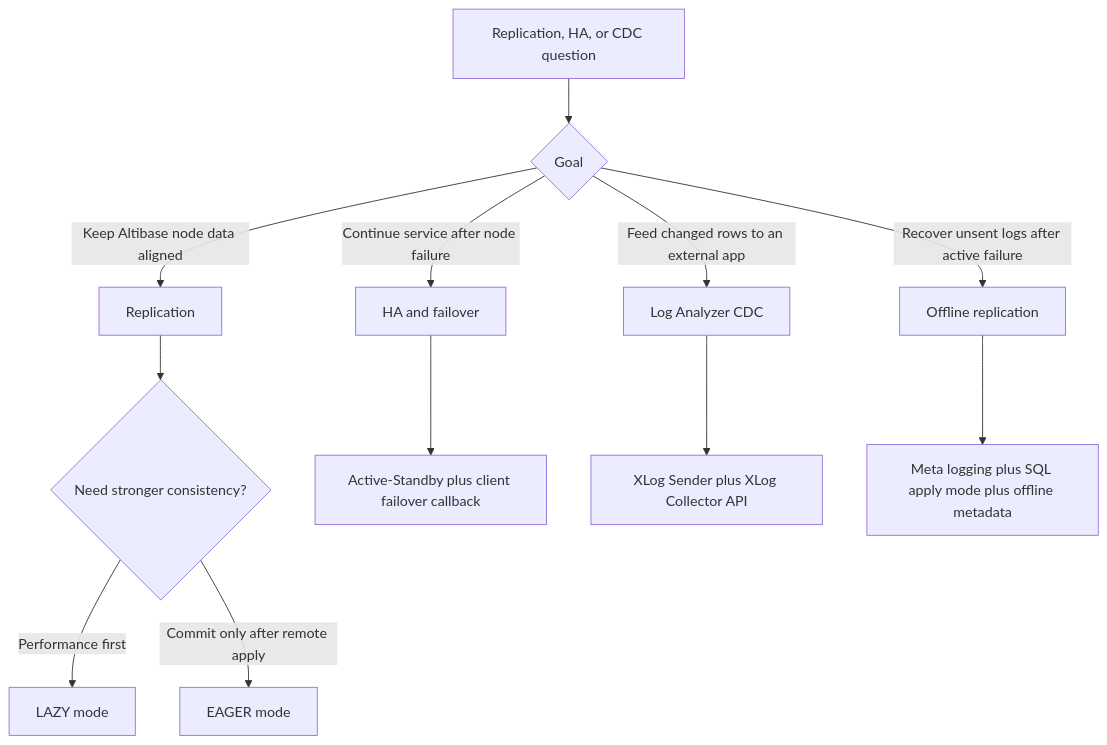
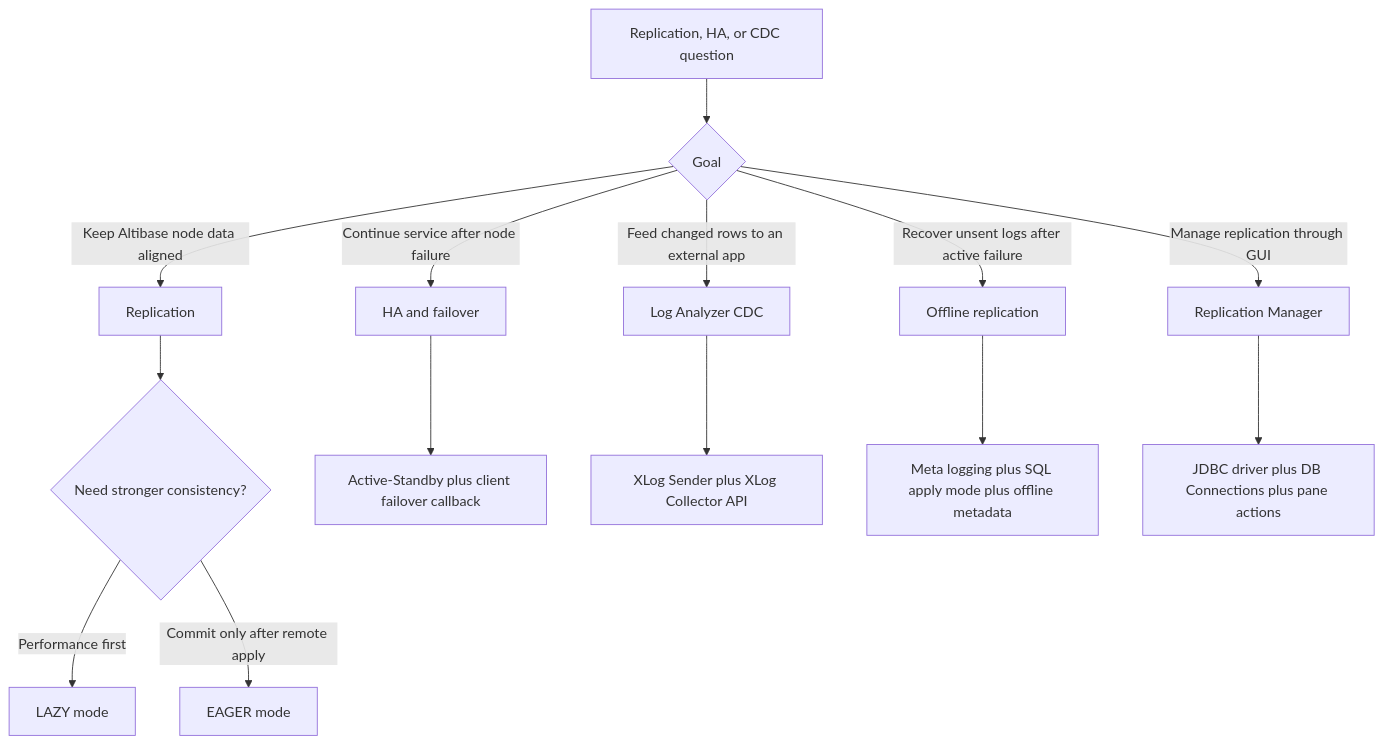
The first of 13 diagrams in GPTs/attachments/09_replication_ha_cdc.md (et16kr/AltibaseDocuments), drawn with Mermaid before and after one commit. The commit also changed other lines of this file and 5 other files, not shown here.

First line of the commit message:
Review/remediate R17: CDC, Log Analyzer, and Replication Manager

````diff
--- a/GPTs/attachments/09_replication_ha_cdc.md
+++ b/GPTs/attachments/09_replication_ha_cdc.md
@@ -42,14 +43,16 @@
 ```mermaid
 flowchart TD
   A[Replication, HA, or CDC question] --> B{Goal}
   B -- Keep Altibase node data aligned --> C[Replication]
   B -- Continue service after node failure --> D[HA and failover]
   B -- Feed changed rows to an external app --> E[Log Analyzer CDC]
   B -- Recover unsent logs after active failure --> F[Offline replication]
+  B -- Manage replication through GUI --> M[Replication Manager]
   C --> G{Need stronger consistency?}
   G -- Performance first --> H[LAZY mode]
   G -- Commit only after remote apply --> I[EAGER mode]
   D --> J[Active-Standby plus client failover callback]
   E --> K[XLog Sender plus XLog Collector API]
   F --> L[Meta logging plus SQL apply mode plus offline metadata]
+  M --> N[JDBC driver plus DB Connections plus pane actions]
 ```
````
